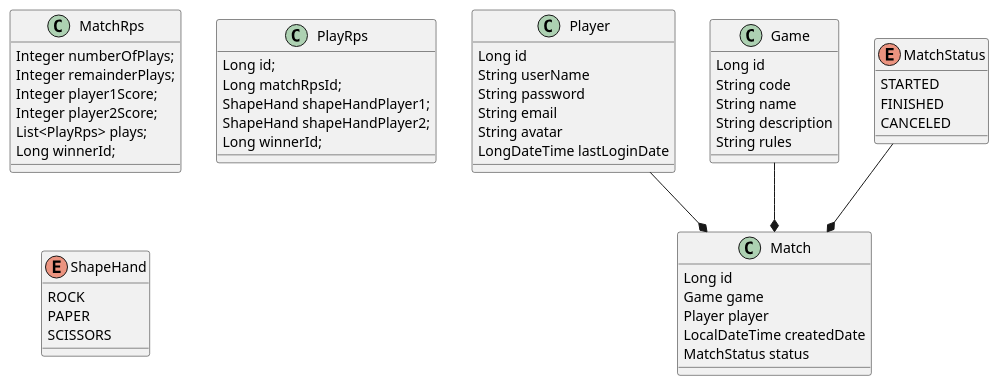
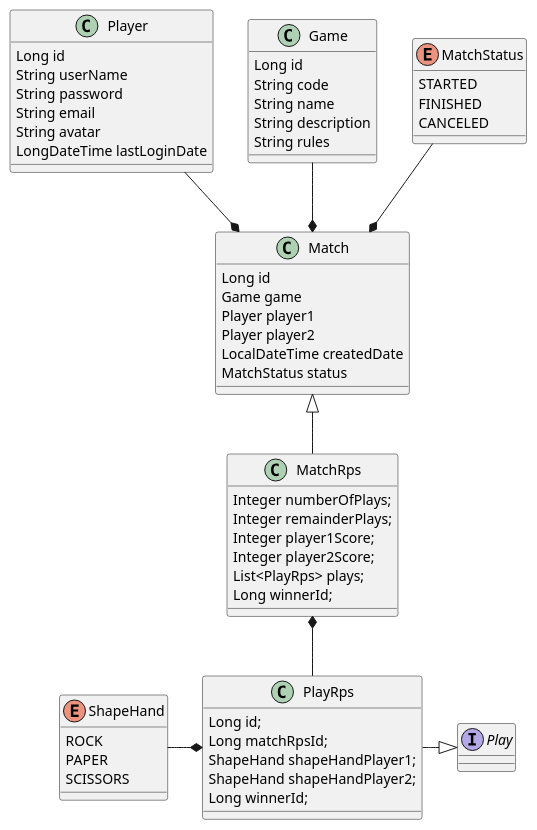
Before and after one commit to 113982-BONZI-JOSE/RockPaperScissors: the diagram in docs/diagrams/model/model.puml, drawn with PlantUML. The commit also changed 25 other files, not shown here.

```diff
--- a/docs/diagrams/model/model.puml
+++ b/docs/diagrams/model/model.puml
@@ -1,61 +1,67 @@
 @startuml
 'https://plantuml.com/sequence-diagram
 
 class Player {
     Long id
     String userName
     String password
     String email
     String avatar
     LongDateTime lastLoginDate
 }
 
 class Game{
     Long id
     String code
     String name
     String description
     String rules
 }
 
 class Match{
     Long id
     Game game
-    Player player
+    Player player1
+    Player player2
     LocalDateTime createdDate
     MatchStatus status
 }
 
 class MatchRps {
     Integer numberOfPlays;
     Integer remainderPlays;
     Integer player1Score;
     Integer player2Score;
     List<PlayRps> plays;
     Long winnerId;
 }
-
+interface Play {
+}
 class PlayRps {
     Long id;
     Long matchRpsId;
     ShapeHand shapeHandPlayer1;
     ShapeHand shapeHandPlayer2;
     Long winnerId;
 }
 
 enum ShapeHand {
     ROCK
     PAPER
     SCISSORS
 }
 
 enum MatchStatus{
     STARTED
     FINISHED
     CANCELED
 }
 
 MatchStatus --* Match
 Game --* Match
 Player --* Match
+Match <|-- MatchRps
+MatchRps *-- PlayRps
+PlayRps *-l- ShapeHand
+PlayRps -r-|> Play
 @enduml
```
